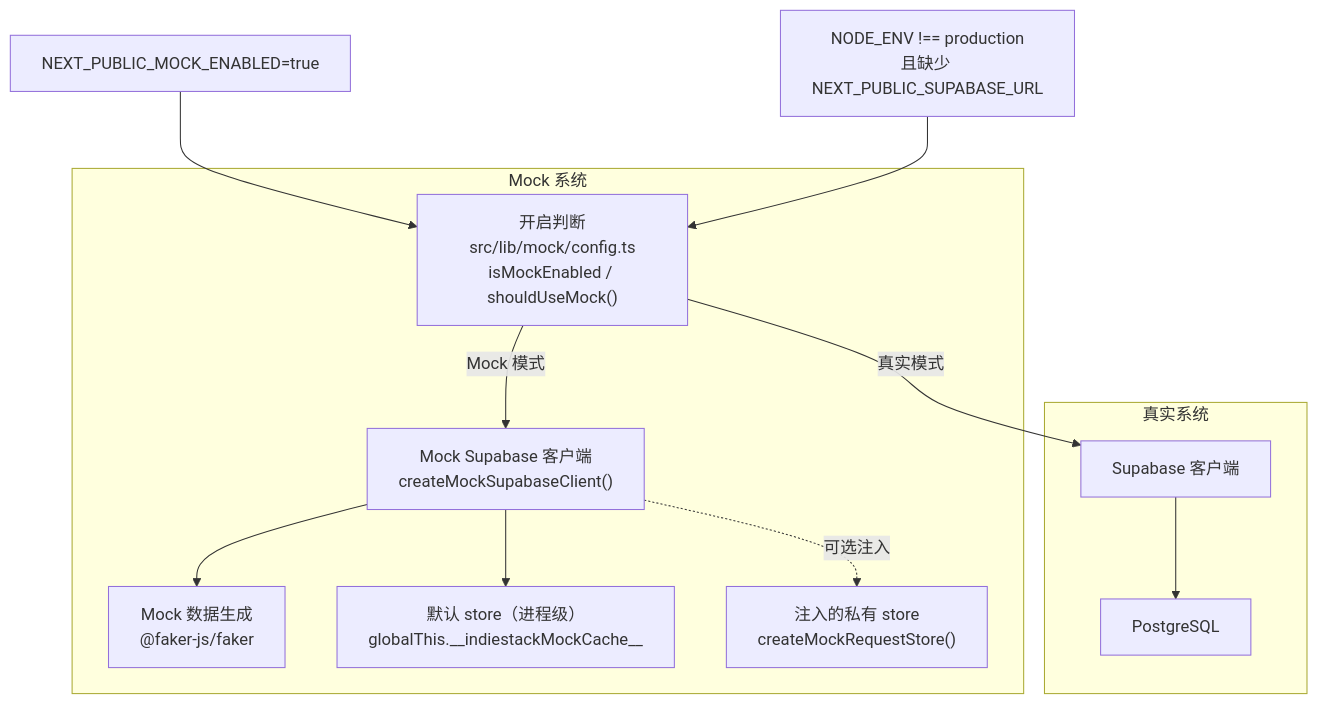
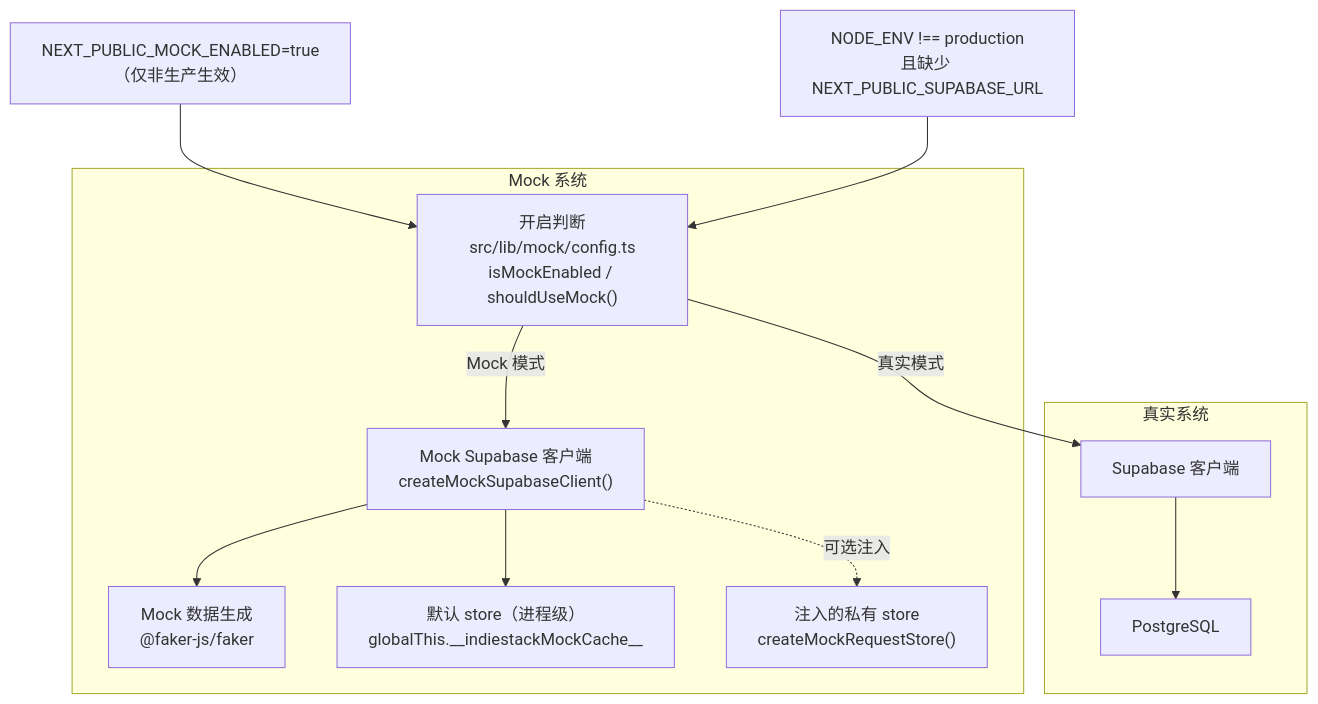
Before and after one commit to Sun1090/IndieStack: the first of 4 diagrams in docs/architecture/13-mock-system.md, drawn with Mermaid. The commit also changed other lines of this file and 6 other files, not shown here.

````diff
--- a/docs/architecture/13-mock-system.md
+++ b/docs/architecture/13-mock-system.md
@@ -12,24 +12,24 @@
 ```mermaid
 graph TD
     subgraph MockSystem["Mock 系统"]
         Config["开启判断<br/>src/lib/mock/config.ts<br/>isMockEnabled / shouldUseMock()"]
         MockClient["Mock Supabase 客户端<br/>createMockSupabaseClient()"]
         MockData["Mock 数据生成<br/>@faker-js/faker"]
         Cache["默认 store（进程级）<br/>globalThis.__indiestackMockCache__"]
         ReqStore["注入的私有 store<br/>createMockRequestStore()"]
     end
 
     subgraph RealSystem["真实系统"]
         RealClient["Supabase 客户端"]
         RealDB["PostgreSQL"]
     end
 
-    EnvVar["NEXT_PUBLIC_MOCK_ENABLED=true"] --> Config
+    EnvVar["NEXT_PUBLIC_MOCK_ENABLED=true<br/>（仅非生产生效）"] --> Config
     NoSupabase["NODE_ENV !== production<br/>且缺少 NEXT_PUBLIC_SUPABASE_URL"] --> Config
     Config -->|Mock 模式| MockClient
     Config -->|真实模式| RealClient
     MockClient --> MockData
     MockClient --> Cache
     MockClient -.可选注入.-> ReqStore
     RealClient --> RealDB
 ```
````
